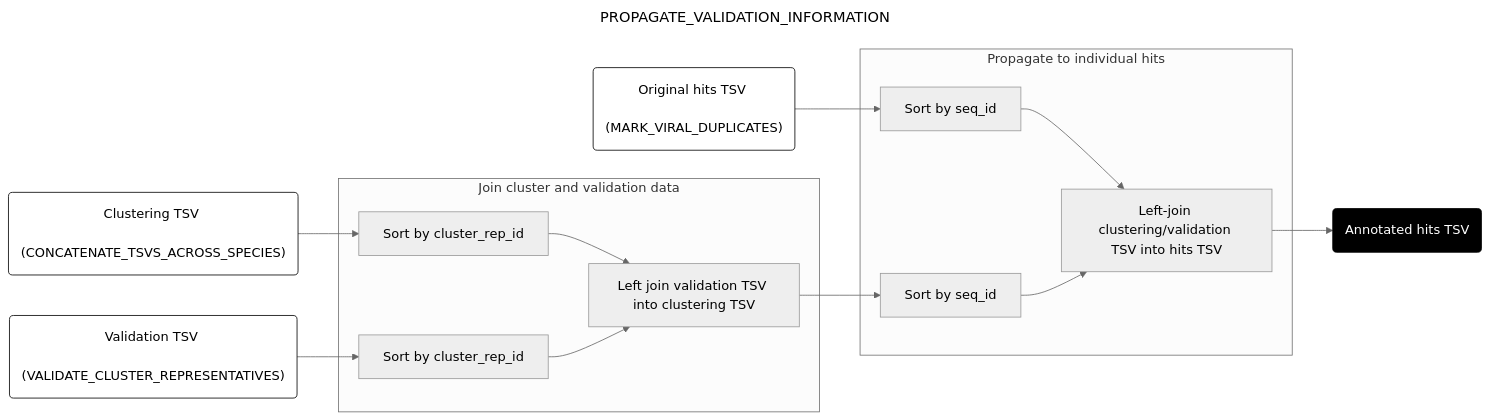
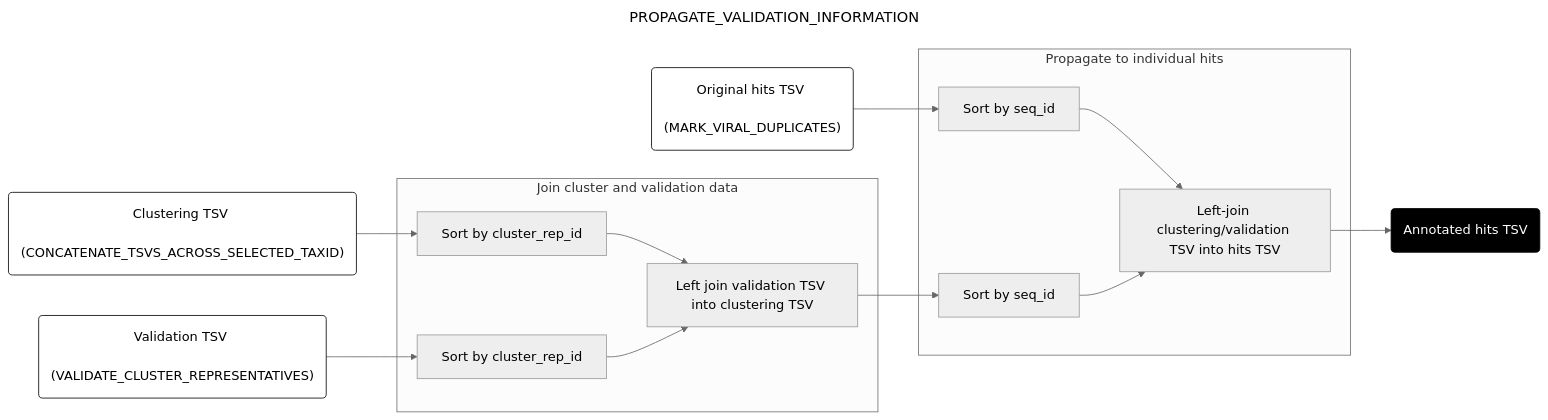
Before and after one commit to naobservatory/mgs-workflow: diagram 11 of 11 in docs/downstream.md, drawn with Mermaid (neutral theme). The commit also changed other lines of this file and 8 other files, not shown here.

````diff
--- a/docs/downstream.md
+++ b/docs/downstream.md
@@ -396,31 +396,31 @@
 ```mermaid
 ---
 title: PROPAGATE_VALIDATION_INFORMATION
 config:
   layout: horizontal
 ---
 flowchart LR
 A("Original hits TSV <br> (MARK_VIRAL_DUPLICATES)") --> B[Sort by seq_id]
-C("Clustering TSV <br> (CONCATENATE_TSVS_ACROSS_SPECIES)") --> D[Sort by cluster_rep_id]
+C("Clustering TSV <br> (CONCATENATE_TSVS_ACROSS_SELECTED_TAXID)") --> D[Sort by cluster_rep_id]
 E("Validation TSV <br> (VALIDATE_CLUSTER_REPRESENTATIVES)") --> F[Sort by cluster_rep_id]
 D --> G[Left join validation TSV into clustering TSV]
 F --> G
 G --> H[Sort by seq_id]
 B --> I[Left-join clustering/validation TSV into hits TSV]
 H --> I
 I --> J(Annotated hits TSV)
 subgraph "Join cluster and validation data"
 D
 F
 G
 end
 subgraph "Propagate to individual hits"
 B
 H
 I
 end
 style A fill:#fff,stroke:#000
 style C fill:#fff,stroke:#000
 style E fill:#fff,stroke:#000
 style J fill:#000,color:#fff,stroke:#000
 ```
````
